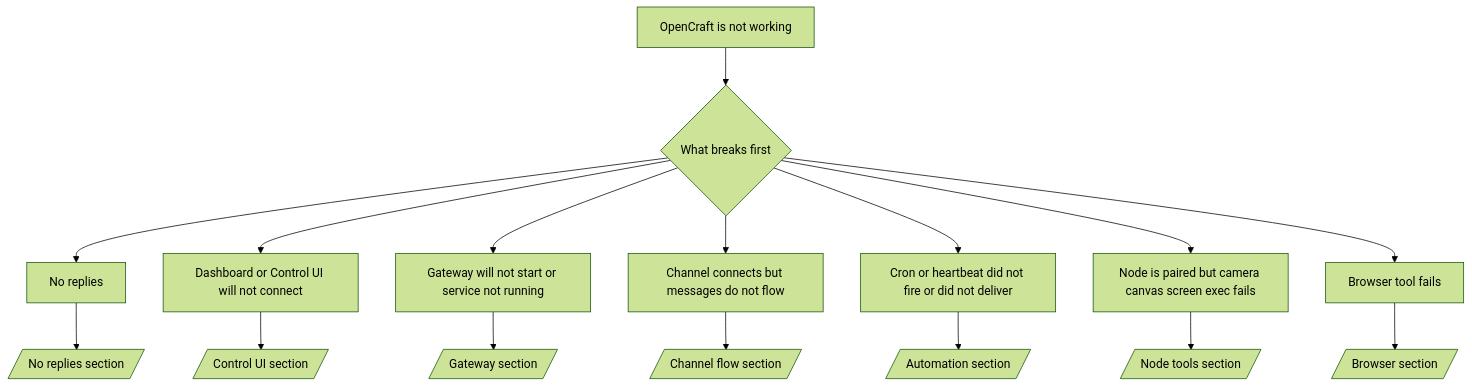
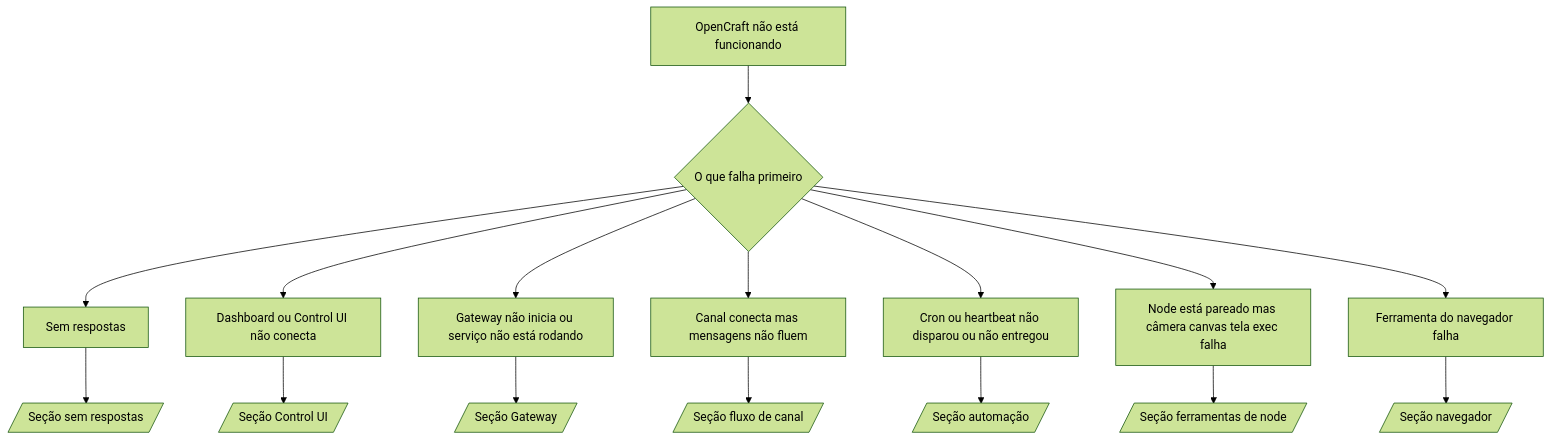
One commit to editzffaleta/OpenCraft changed the diagram in docs/help/troubleshooting.md. Above: the diagram before and after it, drawn with Mermaid (forest theme). The commit also changed other lines of this file and 150 other files, not shown here.

````diff
--- a/docs/help/troubleshooting.md
+++ b/docs/help/troubleshooting.md
@@ -70,19 +70,19 @@
 ```mermaid
 flowchart TD
-  A[OpenCraft is not working] --> B{What breaks first}
-  B --> C[No replies]
-  B --> D[Dashboard or Control UI will not connect]
-  B --> E[Gateway will not start or service not running]
-  B --> F[Channel connects but messages do not flow]
-  B --> G[Cron or heartbeat did not fire or did not deliver]
-  B --> H[Node is paired but camera canvas screen exec fails]
-  B --> I[Browser tool fails]
+  A[OpenCraft não está funcionando] --> B{O que falha primeiro}
+  B --> C[Sem respostas]
+  B --> D[Dashboard ou Control UI não conecta]
+  B --> E[Gateway não inicia ou serviço não está rodando]
+  B --> F[Canal conecta mas mensagens não fluem]
+  B --> G[Cron ou heartbeat não disparou ou não entregou]
+  B --> H[Node está pareado mas câmera canvas tela exec falha]
+  B --> I[Ferramenta do navegador falha]
 
-  C --> C1[/No replies section/]
-  D --> D1[/Control UI section/]
-  E --> E1[/Gateway section/]
-  F --> F1[/Channel flow section/]
-  G --> G1[/Automation section/]
-  H --> H1[/Node tools section/]
-  I --> I1[/Browser section/]
+  C --> C1[/Seção sem respostas/]
+  D --> D1[/Seção Control UI/]
+  E --> E1[/Seção Gateway/]
+  F --> F1[/Seção fluxo de canal/]
+  G --> G1[/Seção automação/]
+  H --> H1[/Seção ferramentas de node/]
+  I --> I1[/Seção navegador/]
 ```
````
